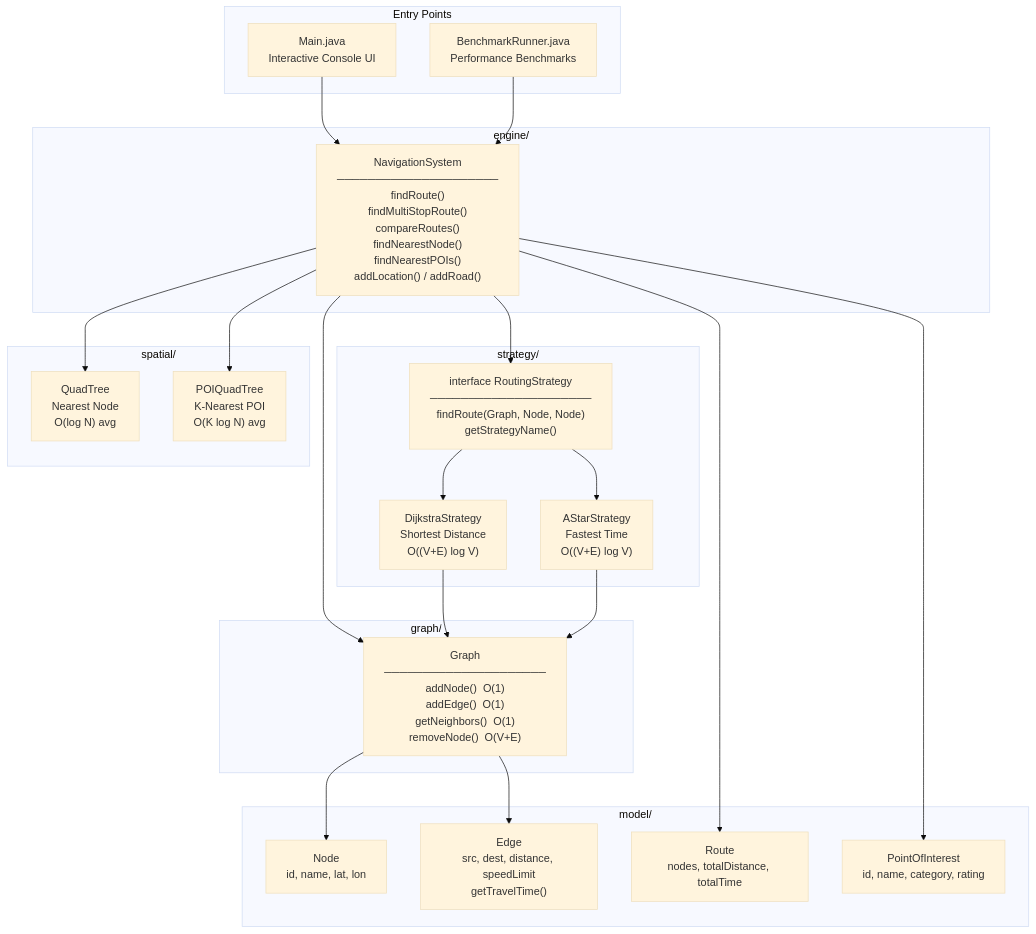
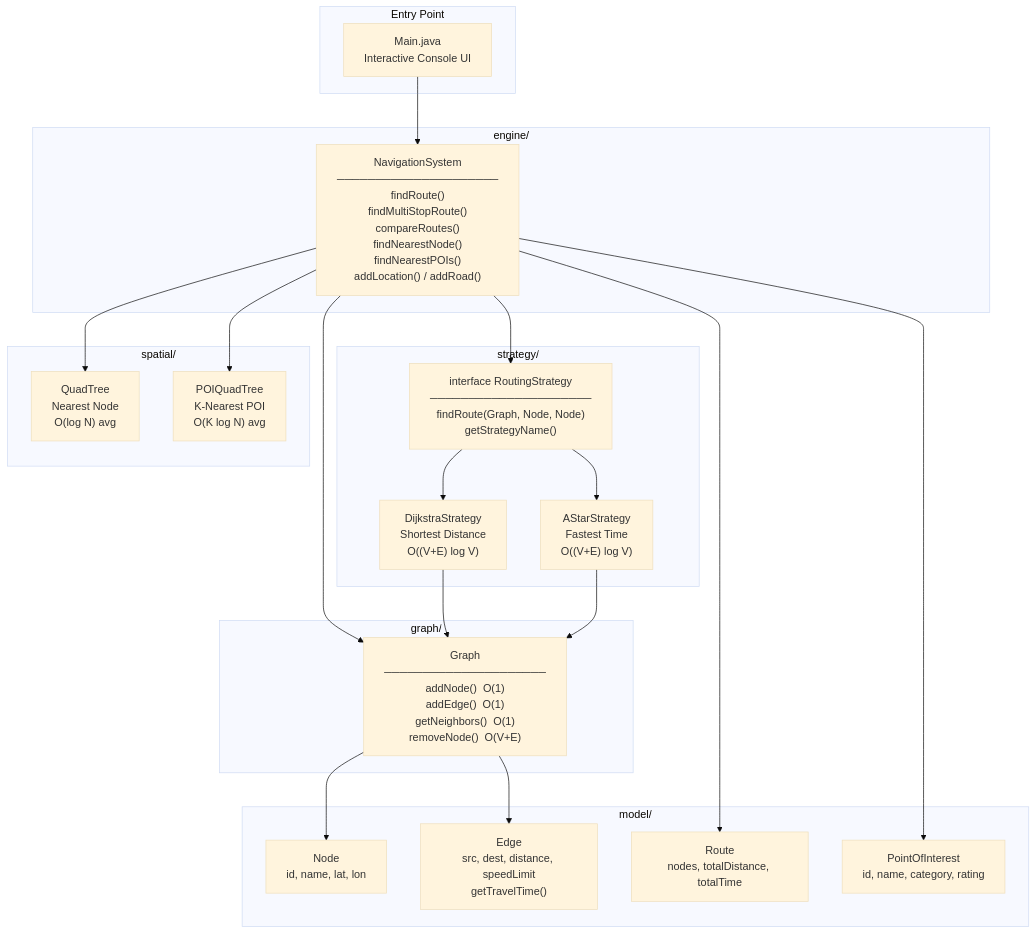
One commit to Shane07p/GeoNav changed the first of 3 diagrams in README.md. Above: the diagram before and after it, drawn with Mermaid (base theme). The commit also changed other lines of this file, not shown here.

````diff
--- a/README.md
+++ b/README.md
@@ -9,48 +9,46 @@
 ```mermaid
 graph TD
-    subgraph UI["Entry Points"]
+    subgraph UI["Entry Point"]
         MAIN["Main.java\nInteractive Console UI"]
-        BENCH["BenchmarkRunner.java\nPerformance Benchmarks"]
     end
 
     subgraph ENGINE["engine/"]
         NAV["NavigationSystem\n─────────────────────\nfindRoute()\nfindMultiStopRoute()\ncompareRoutes()\nfindNearestNode()\nfindNearestPOIs()\naddLocation() / addRoad()"]
     end
 
     subgraph STRATEGY["strategy/"]
         IFACE["interface RoutingStrategy\n─────────────────────\nfindRoute(Graph, Node, Node)\ngetStrategyName()"]
         DIJK["DijkstraStrategy\nShortest Distance\nO((V+E) log V)"]
         ASTAR["AStarStrategy\nFastest Time\nO((V+E) log V)"]
     end
 
     subgraph GRAPH["graph/"]
         G["Graph\n─────────────────────\naddNode()  O(1)\naddEdge()  O(1)\ngetNeighbors()  O(1)\nremoveNode()  O(V+E)"]
     end
 
     subgraph MODEL["model/"]
         NODE["Node\nid, name, lat, lon"]
         EDGE["Edge\nsrc, dest, distance, speedLimit\ngetTravelTime()"]
         ROUTE["Route\nnodes, totalDistance, totalTime"]
         POI["PointOfInterest\nid, name, category, rating"]
     end
 
     subgraph SPATIAL["spatial/"]
         QT["QuadTree\nNearest Node\nO(log N) avg"]
         POIQT["POIQuadTree\nK-Nearest POI\nO(K log N) avg"]
     end
 
     MAIN  --> NAV
-    BENCH --> NAV
     NAV   --> G
     NAV   --> QT
     NAV   --> POIQT
     NAV   --> IFACE
     IFACE --> DIJK
     IFACE --> ASTAR
     DIJK  --> G
     ASTAR --> G
     G     --> NODE
     G     --> EDGE
     NAV   --> ROUTE
     NAV   --> POI
 ```
````
